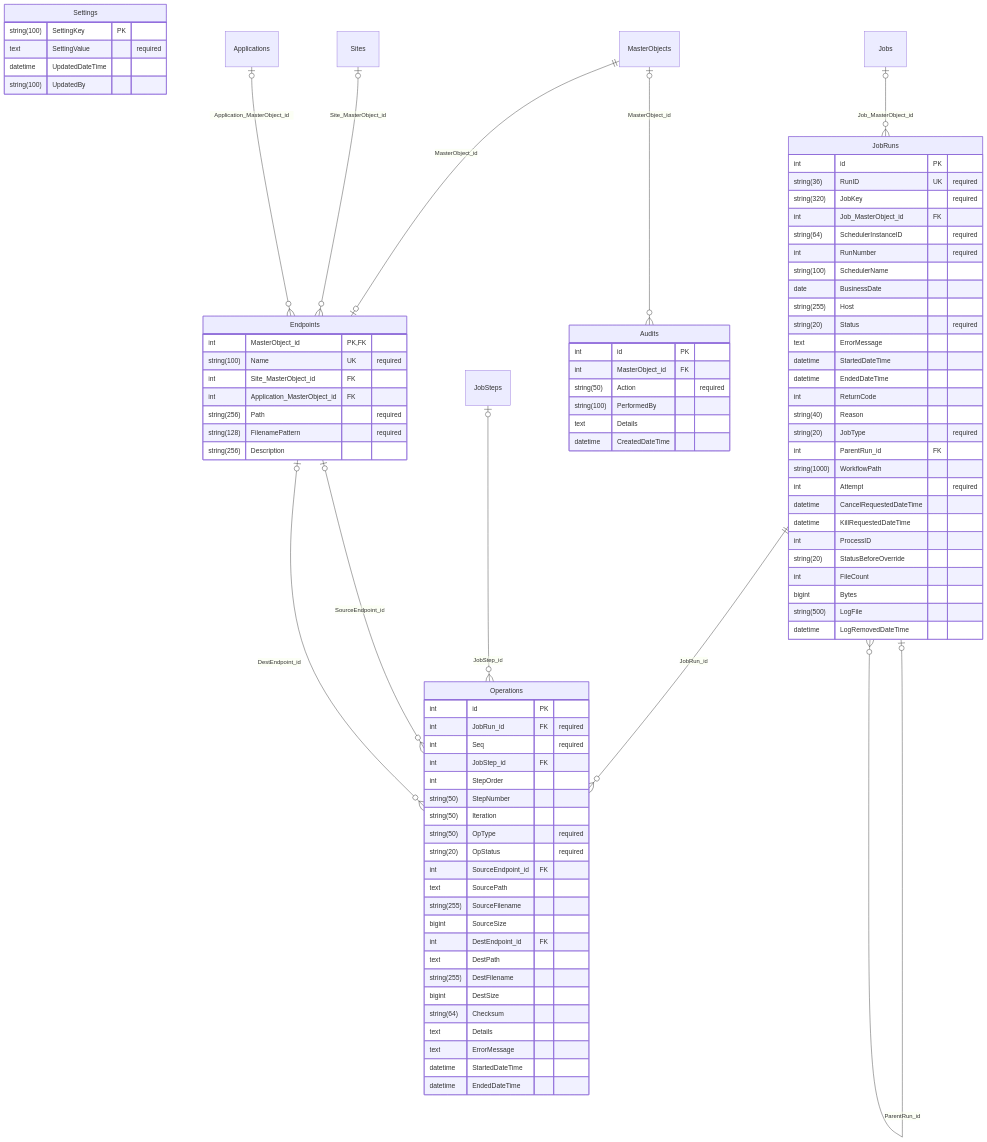
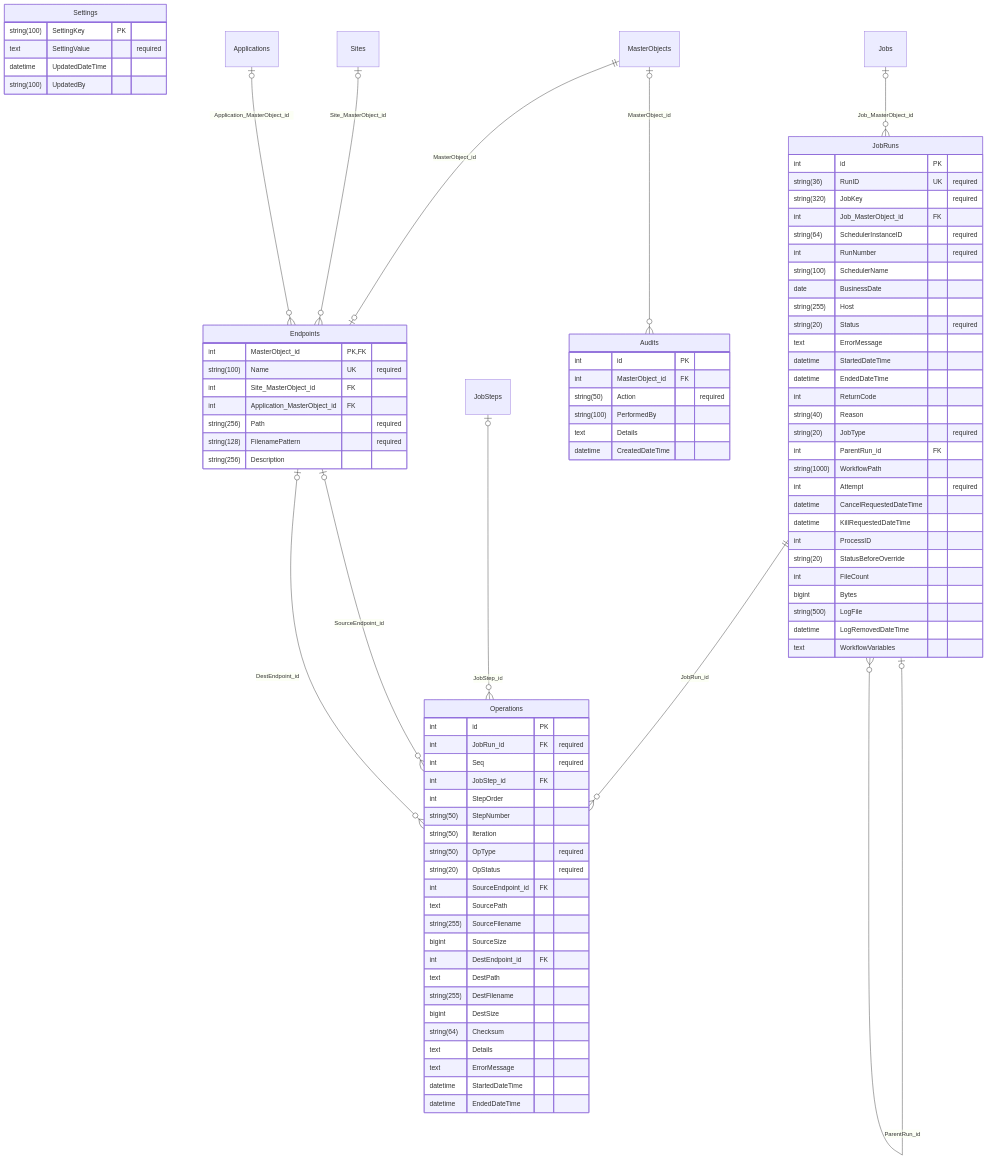
Before and after one commit to JayCBoal/AutomationApp: the fifth of 5 diagrams in docs/DB_SCHEMA.md, drawn with Mermaid. The commit also changed other lines of this file and 33 other files, not shown here.

First line of the commit message:
Workflows Phase 4, the rest: workflow variables; Phase 5 plan

```diff
--- a/docs/DB_SCHEMA.md
+++ b/docs/DB_SCHEMA.md
@@ -390,6 +401,7 @@
         bigint Bytes
         string(500) LogFile
         datetime LogRemovedDateTime
+        text WorkflowVariables
     }
     Operations {
         int id PK
```
